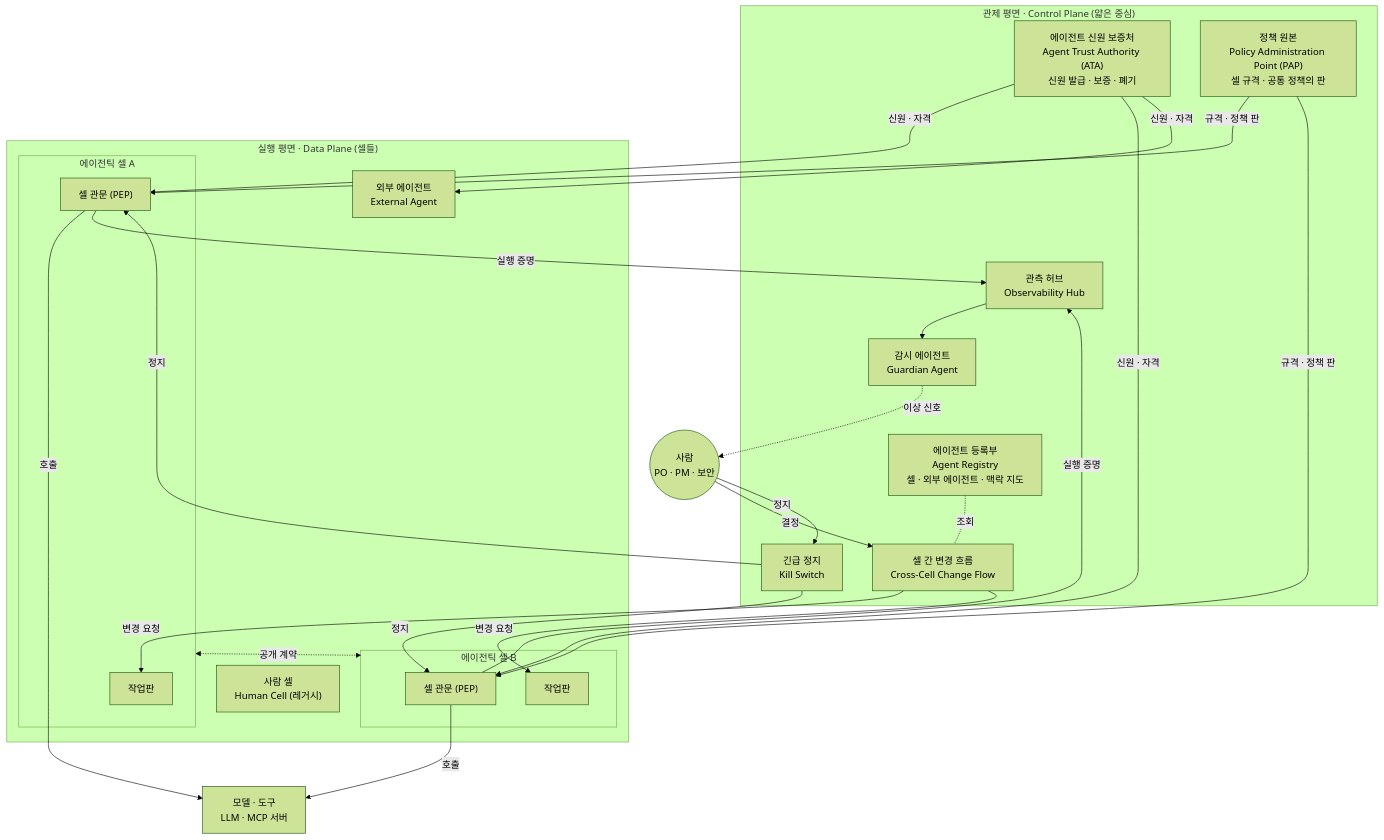
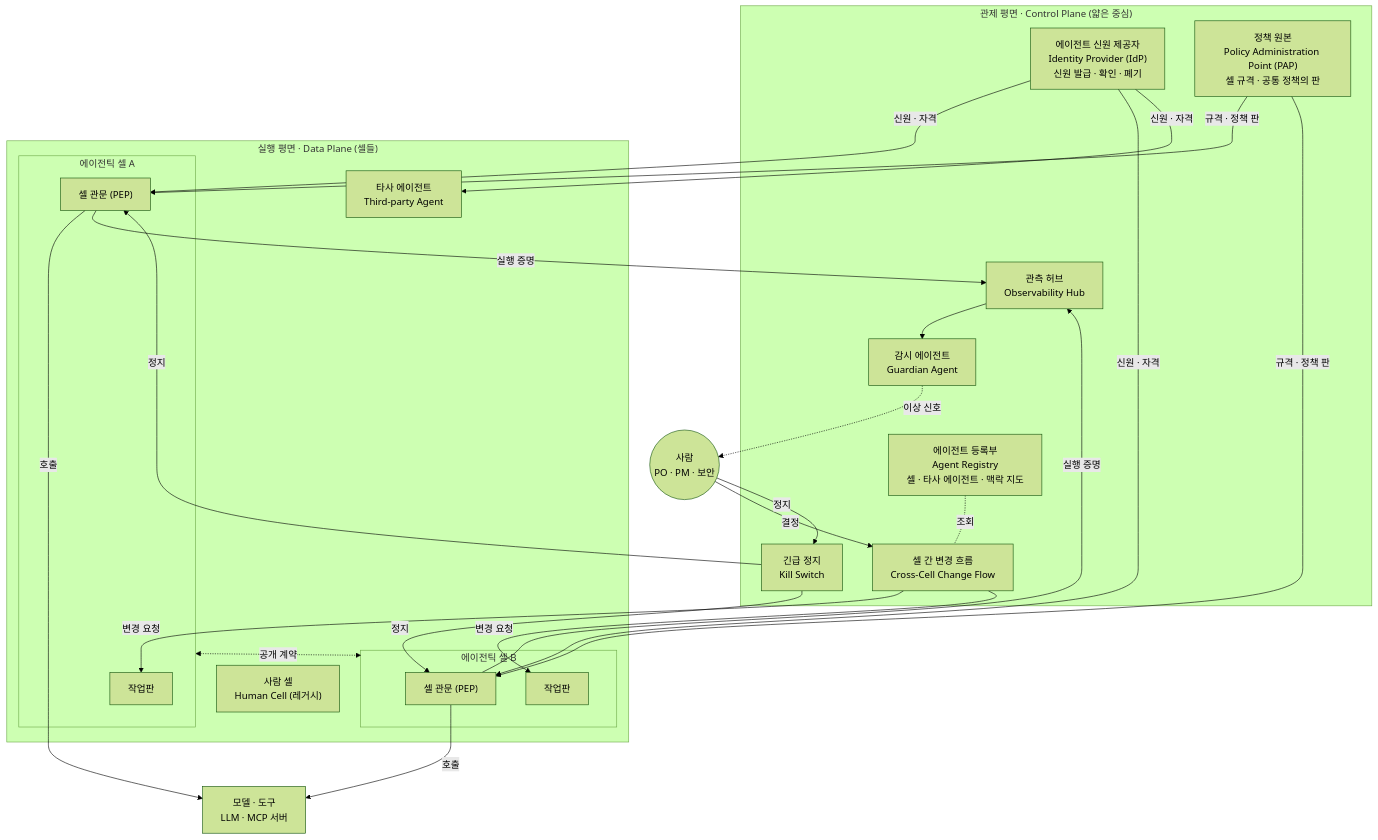
The first of 2 diagrams in AI_에이전틱_개념_아키텍처.md (whiteceo/agentic), drawn with Mermaid (forest theme) before and after one commit. The commit also changed other lines of this file, not shown here.

````diff
--- a/AI_에이전틱_개념_아키텍처.md
+++ b/AI_에이전틱_개념_아키텍처.md
@@ -19,40 +19,40 @@
 ```mermaid
 flowchart TB
   subgraph CP["관제 평면 · Control Plane (얇은 중심)"]
-    ATA["에이전트 신원 보증처<br/>Agent Trust Authority (ATA)<br/>신원 발급 · 보증 · 폐기"]
+    IdP["에이전트 신원 제공자<br/>Identity Provider (IdP)<br/>신원 발급 · 확인 · 폐기"]
     PAP["정책 원본<br/>Policy Administration Point (PAP)<br/>셀 규격 · 공통 정책의 판"]
-    REG["에이전트 등록부<br/>Agent Registry<br/>셀 · 외부 에이전트 · 맥락 지도"]
+    REG["에이전트 등록부<br/>Agent Registry<br/>셀 · 타사 에이전트 · 맥락 지도"]
     KS["긴급 정지<br/>Kill Switch"]
     CCF["셀 간 변경 흐름<br/>Cross-Cell Change Flow"]
     OBS["관측 허브<br/>Observability Hub"]
     GA["감시 에이전트<br/>Guardian Agent"]
   end
 
   subgraph DP["실행 평면 · Data Plane (셀들)"]
     subgraph C1["에이전틱 셀 A"]
       G1["셀 관문 (PEP)"]
       W1["작업판"]
     end
     subgraph C2["에이전틱 셀 B"]
       G2["셀 관문 (PEP)"]
       W2["작업판"]
     end
     HC["사람 셀<br/>Human Cell (레거시)"]
-    EXT["외부 에이전트<br/>External Agent"]
+    EXT["타사 에이전트<br/>Third-party Agent"]
   end
 
   M["모델 · 도구<br/>LLM · MCP 서버"]
 
-  ATA -- 신원 · 자격 --> G1 & G2 & EXT
+  IdP -- 신원 · 자격 --> G1 & G2 & EXT
   PAP -- 규격 · 정책 판 --> G1 & G2
   KS -- 정지 --> G1 & G2
   G1 & G2 -- 호출 --> M
   C1 <-. 공개 계약 .-> C2
   G1 & G2 -- 실행 증명 --> OBS
   OBS --> GA
   GA -. 이상 신호 .-> H(("사람<br/>PO · PM · 보안"))
   CCF -- 변경 요청 --> W1 & W2
   REG -. 조회 .- CCF
   H -- 결정 --> CCF
   H -- 정지 --> KS
 ```
````
